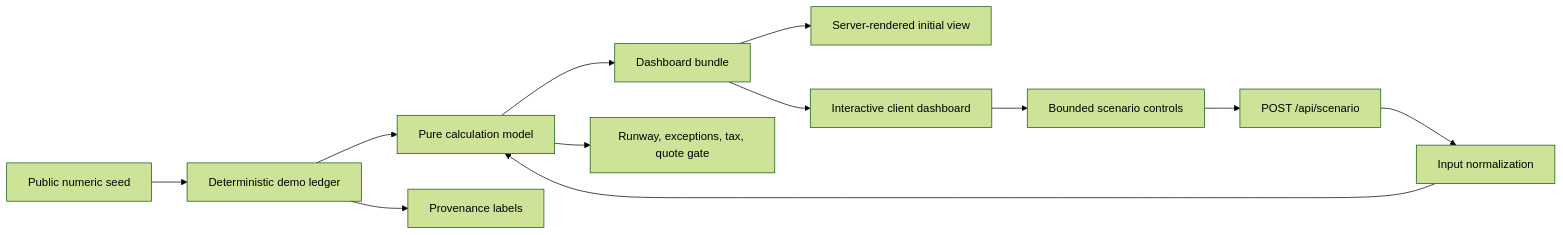
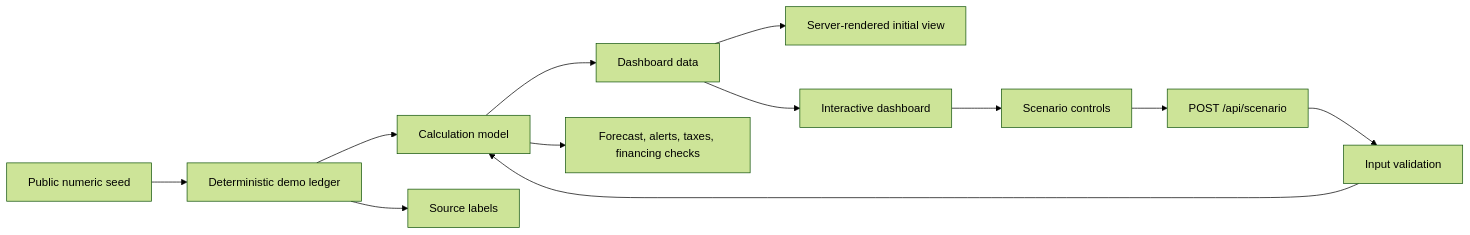
One commit to charlielucas/household-finance-lab changed the diagram in README.md. Above: the diagram before and after it, drawn with Mermaid (forest theme). The commit also changed other lines of this file and 10 other files, not shown here.

````diff
--- a/README.md
+++ b/README.md
@@ -55,14 +58,14 @@
 ```mermaid
 flowchart LR
     A[Public numeric seed] --> B[Deterministic demo ledger]
-    B --> C[Pure calculation model]
-    D[Bounded scenario controls] --> E[POST /api/scenario]
-    E --> F[Input normalization]
+    B --> C[Calculation model]
+    D[Scenario controls] --> E[POST /api/scenario]
+    E --> F[Input validation]
     F --> C
-    C --> G[Dashboard bundle]
+    C --> G[Dashboard data]
     G --> H[Server-rendered initial view]
-    G --> I[Interactive client dashboard]
+    G --> I[Interactive dashboard]
     I --> D
-    B --> J[Provenance labels]
-    C --> K[Runway, exceptions, tax, quote gate]
+    B --> J[Source labels]
+    C --> K[Forecast, alerts, taxes, financing checks]
 ```
````
